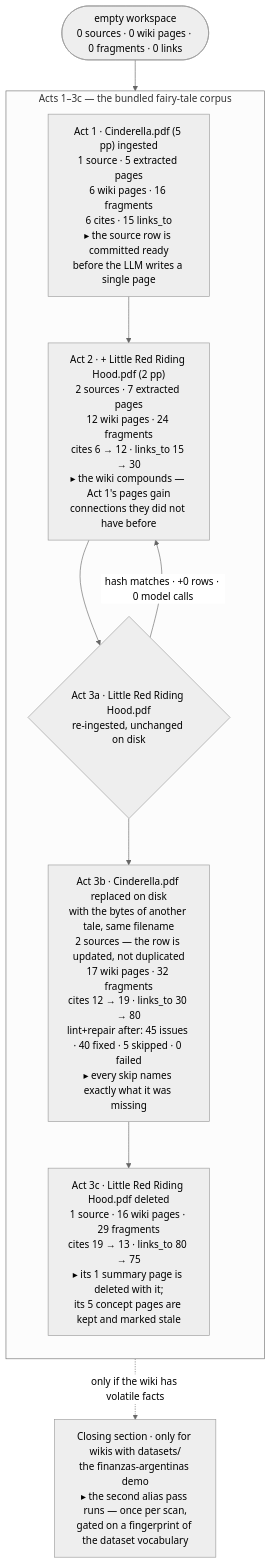
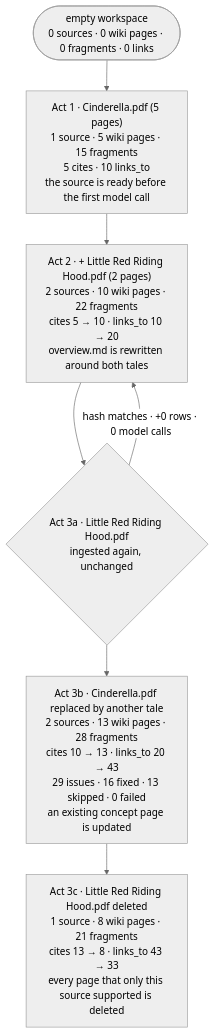
The third of 3 diagrams in docs/ingestion_walkthrough.md (Clod/llmwiki-marimo), drawn with Mermaid (neutral theme) before and after one commit. The commit also changed other lines of this file and 4 other files, not shown here.

````diff
--- a/docs/ingestion_walkthrough.md
+++ b/docs/ingestion_walkthrough.md
@@ -993,19 +602,12 @@
 ```mermaid
 flowchart TD
     E(["empty workspace<br/>0 sources · 0 wiki pages · 0 fragments · 0 links"])
-
-    subgraph FT ["Acts 1–3c — the bundled fairy-tale corpus"]
-        direction TB
-        A1["Act 1 · Cinderella.pdf (5 pp) ingested<br/>1 source · 5 extracted pages<br/>6 wiki pages · 16 fragments<br/>6 cites · 15 links_to<br/>▸ the source row is committed ready<br/>before the LLM writes a single page"]
-        A2["Act 2 · + Little Red Riding Hood.pdf (2 pp)<br/>2 sources · 7 extracted pages<br/>12 wiki pages · 24 fragments<br/>cites 6 → 12 · links_to 15 → 30<br/>▸ the wiki compounds — Act 1's pages gain<br/>connections they did not have before"]
-        A3a{"Act 3a · Little Red Riding Hood.pdf<br/>re-ingested, unchanged on disk"}
-        A3b["Act 3b · Cinderella.pdf replaced on disk<br/>with the bytes of another tale, same filename<br/>2 sources — the row is updated, not duplicated<br/>17 wiki pages · 32 fragments<br/>cites 12 → 19 · links_to 30 → 80<br/>lint+repair after: 45 issues · 40 fixed · 5 skipped · 0 failed<br/>▸ every skip names exactly what it was missing"]
-        A3c["Act 3c · Little Red Riding Hood.pdf deleted<br/>1 source · 16 wiki pages · 29 fragments<br/>cites 19 → 13 · links_to 80 → 75<br/>▸ its 1 summary page is deleted with it;<br/>its 5 concept pages are kept and marked stale"]
-    end
-
-    COD["Closing section · only for wikis with datasets/<br/>the finanzas-argentinas demo<br/>▸ the second alias pass runs — once per scan,<br/>gated on a fingerprint of the dataset vocabulary"]
-
+    A1["Act 1 · Cinderella.pdf (5 pages)<br/>1 source · 5 wiki pages · 15 fragments<br/>5 cites · 10 links_to<br/>the source is ready before the first model call"]
+    A2["Act 2 · + Little Red Riding Hood.pdf (2 pages)<br/>2 sources · 10 wiki pages · 22 fragments<br/>cites 5 → 10 · links_to 10 → 20<br/>overview.md is rewritten around both tales"]
+    A3a{"Act 3a · Little Red Riding Hood.pdf<br/>ingested again, unchanged"}
+    A3b["Act 3b · Cinderella.pdf replaced by another tale<br/>2 sources · 13 wiki pages · 28 fragments<br/>cites 10 → 13 · links_to 20 → 43<br/>29 issues · 16 fixed · 13 skipped · 0 failed<br/>an existing concept page is updated"]
+    A3c["Act 3c · Little Red Riding Hood.pdf deleted<br/>1 source · 8 wiki pages · 21 fragments<br/>cites 13 → 8 · links_to 43 → 33<br/>every page that only this source supported is deleted"]
     E --> A1 --> A2 --> A3a
     A3a -->|"hash matches · +0 rows · 0 model calls"| A2
-    A3a --> A3b --> A3c -.->|"only if the wiki has volatile facts"| COD
+    A3a --> A3b --> A3c
 ```
````
